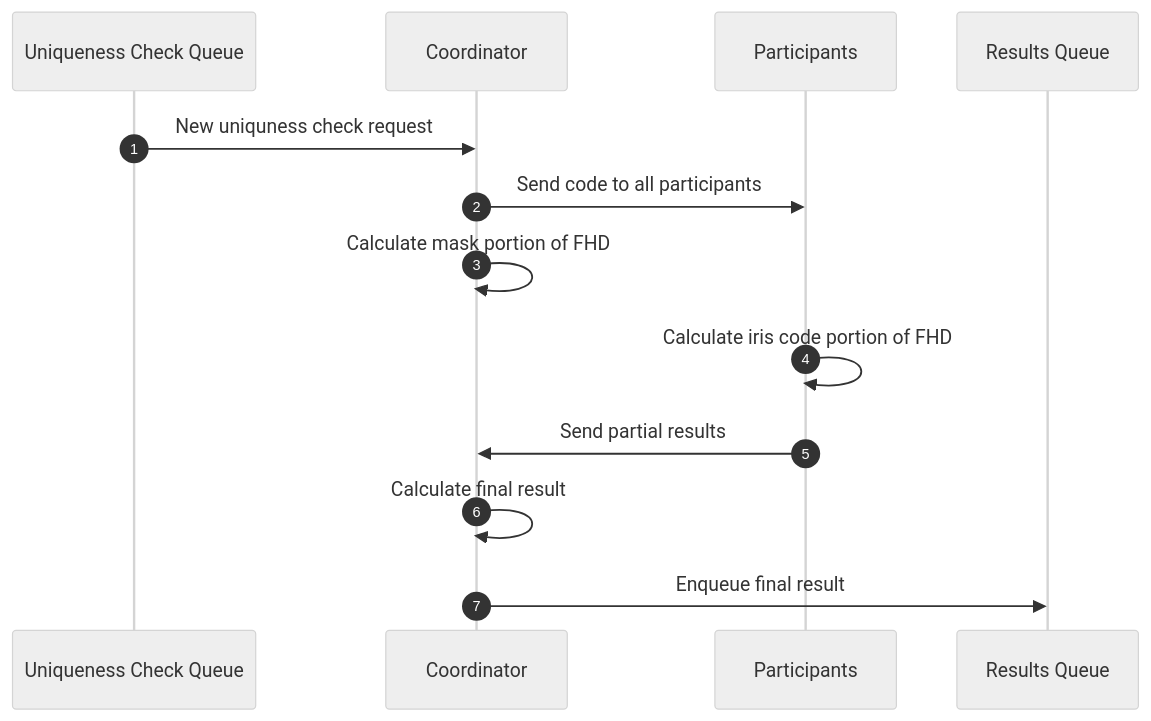
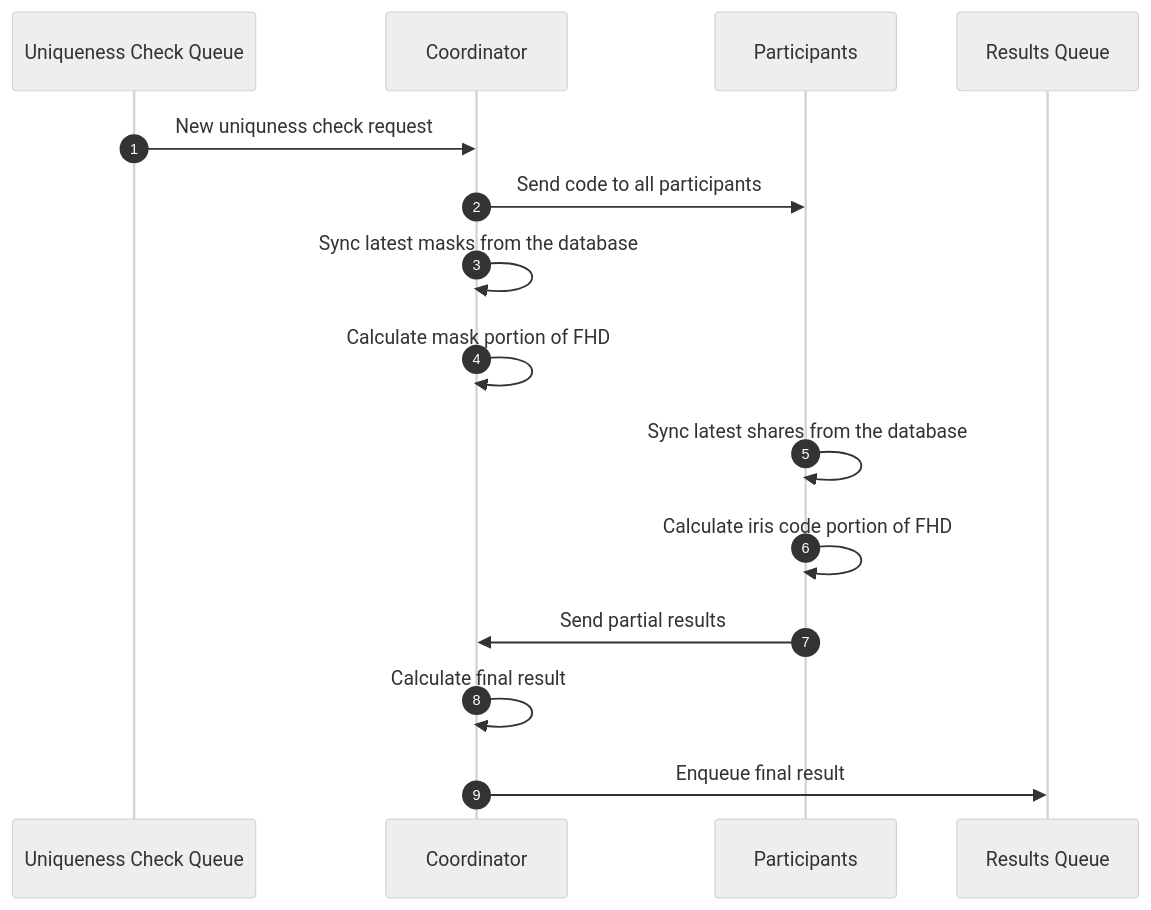
Before and after one commit to worldcoin/mpc-uniqueness-check: the diagram in README.md, drawn with Mermaid (neutral theme). The commit also changed other lines of this file, not shown here.

````diff
--- a/README.md
+++ b/README.md
@@ -7,16 +7,18 @@
 ```mermaid
 sequenceDiagram
     autonumber
     participant RequestQueue as Uniqueness Check Queue
     participant Coord as Coordinator
     participant Participants as Participants
     participant ResultsQueue as Results Queue
 
     RequestQueue ->> Coord: New uniquness check request
     Coord ->> Participants: Send code to all participants
+    Coord ->> Coord: Sync latest masks from the database
     Coord ->> Coord: Calculate mask portion of FHD
+    Participants ->> Participants: Sync latest shares from the database
     Participants ->> Participants: Calculate iris code portion of FHD
     Participants ->> Coord: Send partial results
     Coord ->> Coord: Calculate final result
     Coord ->> ResultsQueue: Enqueue final result
 ```
````
